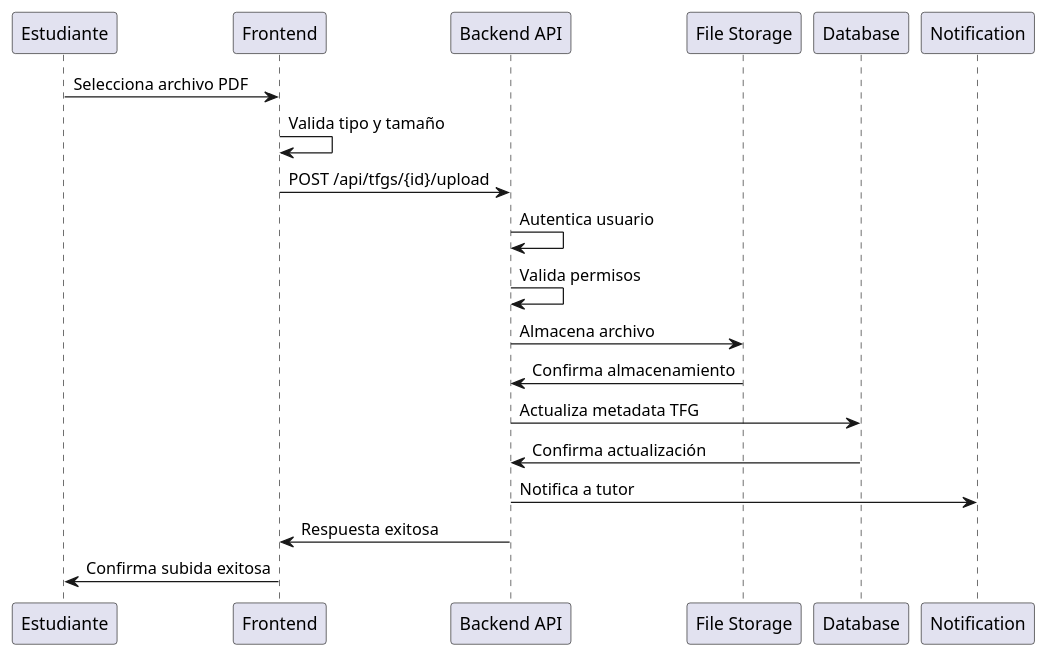
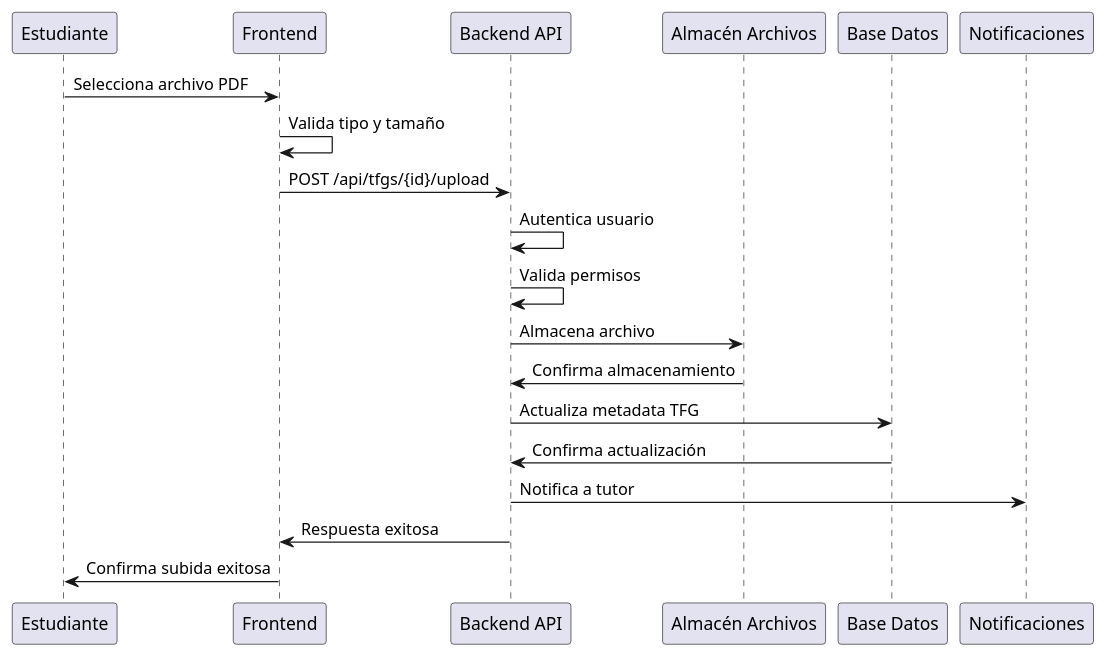
The second of 4 diagrams in docs/04_analisis_sistema.md (JuanmaCenteno/PlataformaTFG), drawn with PlantUML before and after one commit. The commit also changed other lines of this file and 4 other files, not shown here.

````diff
--- a/docs/04_analisis_sistema.md
+++ b/docs/04_analisis_sistema.md
@@ -421,23 +421,23 @@
 ```plantuml
 @startuml
 participant "Estudiante" as EST
 participant "Frontend" as FE
 participant "Backend API" as BE
-participant "File Storage" as FS
-participant "Database" as DB
-participant "Notification" as NOT
+participant "Almacén Archivos" as FS
+participant "Base Datos" as DB
+participant "Notificaciones" as NOT
 
 EST -> FE: Selecciona archivo PDF
 FE -> FE: Valida tipo y tamaño
 FE -> BE: POST /api/tfgs/{id}/upload
 BE -> BE: Autentica usuario
 BE -> BE: Valida permisos
 BE -> FS: Almacena archivo
 FS -> BE: Confirma almacenamiento
 BE -> DB: Actualiza metadata TFG
 DB -> BE: Confirma actualización
 BE -> NOT: Notifica a tutor
 BE -> FE: Respuesta exitosa
 FE -> EST: Confirma subida exitosa
 @enduml
 ```
````
